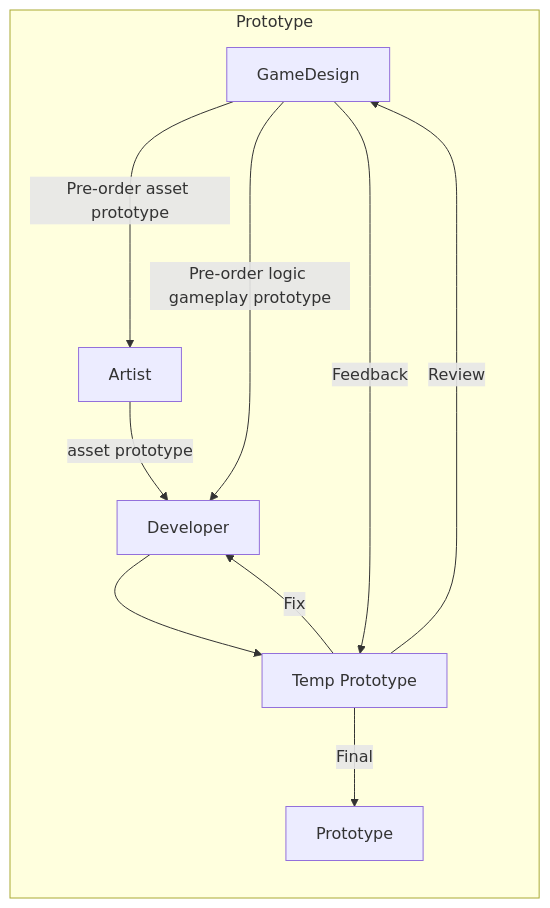
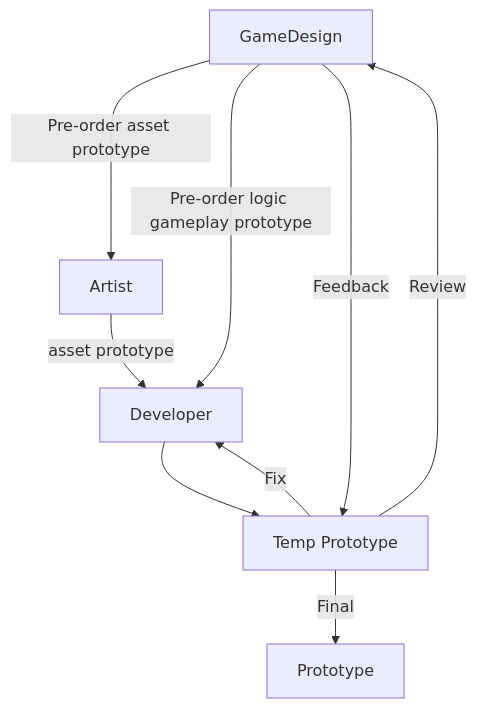
Before and after one commit to unity-learn/game-production-process: the second of 3 diagrams in README.md, drawn with Mermaid. The commit also changed other lines of this file, not shown here.

````diff
--- a/README.md
+++ b/README.md
@@ -29,13 +29,11 @@
 ```mermaid
-flowchart LR
-subgraph S[Prototype]
+flowchart
 GD[GameDesign]
 ART[Artist]
 DEV[Developer]
 PROTOTYPE[Prototype]
 Merge[Temp Prototype]
 GD--"Pre-order asset prototype"--->ART--asset prototype-->DEV
 GD--"Pre-order logic gameplay prototype"--->DEV-->Merge--"Fix"-->DEV
 Merge--Review-->GD--Feedback-->Merge--Final-->PROTOTYPE
-end
 ```
````
